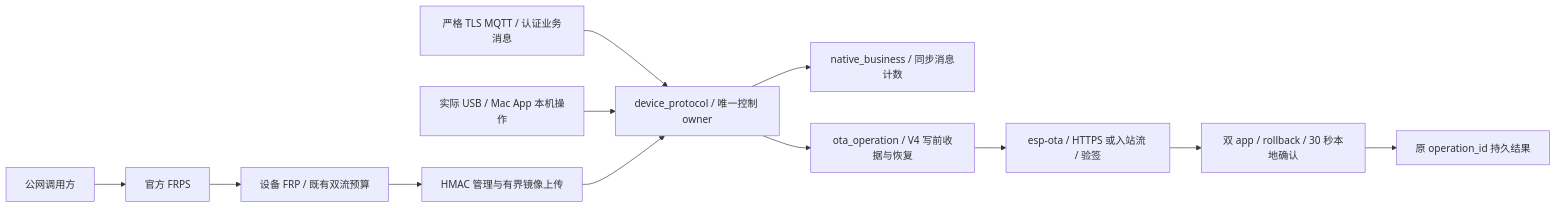
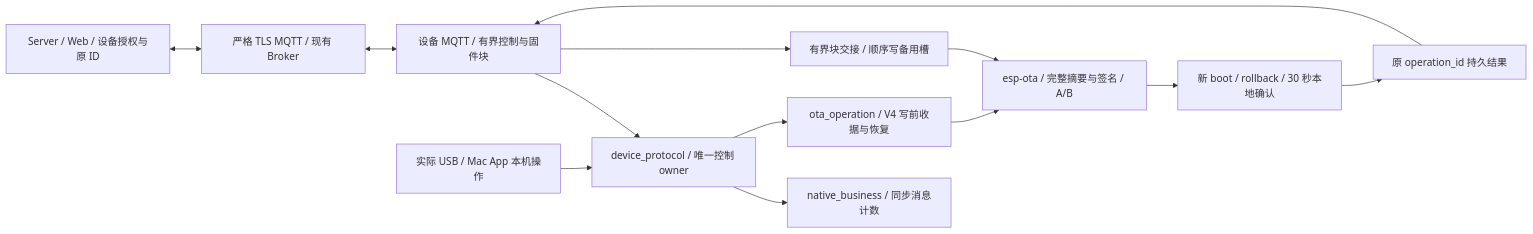
The diagram in README.md (darren-you/esp-base), drawn with Mermaid before and after one commit. The commit also changed other lines of this file and 82 other files, not shown here.

First line of the commit message:
修订 MQTT 分块 OTA 目标与 R1—R7 验收合同，明确 FRP 退役及存量边界

````diff
--- a/README.md
+++ b/README.md
@@ -12,12 +11,15 @@
 ```mermaid
 flowchart LR
-    mqtt["严格 TLS MQTT / 认证业务消息"] --> protocol["device_protocol / 唯一控制 owner"]
+    public["Server / Web / 设备授权与原 ID"] <--> broker["严格 TLS MQTT / 现有 Broker"]
+    broker <--> mqtt["设备 MQTT / 有界控制与固件块"]
+    mqtt --> protocol["device_protocol / 唯一控制 owner"]
     usb["实际 USB / Mac App 本机操作"] --> protocol
-    public["公网调用方"] --> frps["官方 FRPS"] --> frp["设备 FRP / 既有双流预算"]
-    frp --> listener["HMAC 管理与有界镜像上传"] --> protocol
     protocol --> native["native_business / 同步消息计数"]
     protocol --> intent["ota_operation / V4 写前收据与恢复"]
-    intent --> ota["esp-ota / HTTPS 或入站流 / 验签"]
-    ota --> app["双 app / rollback / 30 秒本地确认"]
+    mqtt --> stream["有界块交接 / 顺序写备用槽"]
+    intent --> ota["esp-ota / 完整摘要与签名 / A/B"]
+    stream --> ota
+    ota --> app["新 boot / rollback / 30 秒本地确认"]
     app --> result["原 operation_id 持久结果"]
+    result --> mqtt
 ```
````
